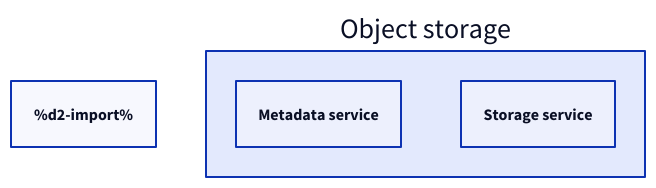
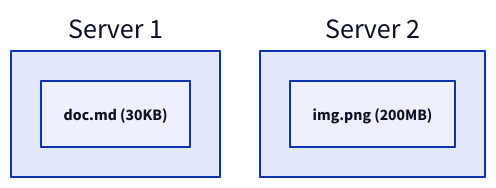
The fifth of 19 diagrams in content/docs/data-persistence/media-storage.md (link1905/system-design-101), drawn with D2 before and after one commit. The commit also changed other lines of this file and 8 other files, not shown here.

````diff
--- a/content/docs/data-persistence/media-storage.md
+++ b/content/docs/data-persistence/media-storage.md
@@ -130,11 +142,12 @@
 ```d2
-%d2-import%
-o: Object storage {
-    m: Metadata service {
-        class: db
-    }
-    s: Storage service {
-        class: db
-    }
+s1: Server 1 {
+  "doc.md (30KB)" {
+    class: file
+  }
+}
+s2: Server 2 {
+  "img.png (200MB)" {
+    class: file
+  }
 }
 ```
````
